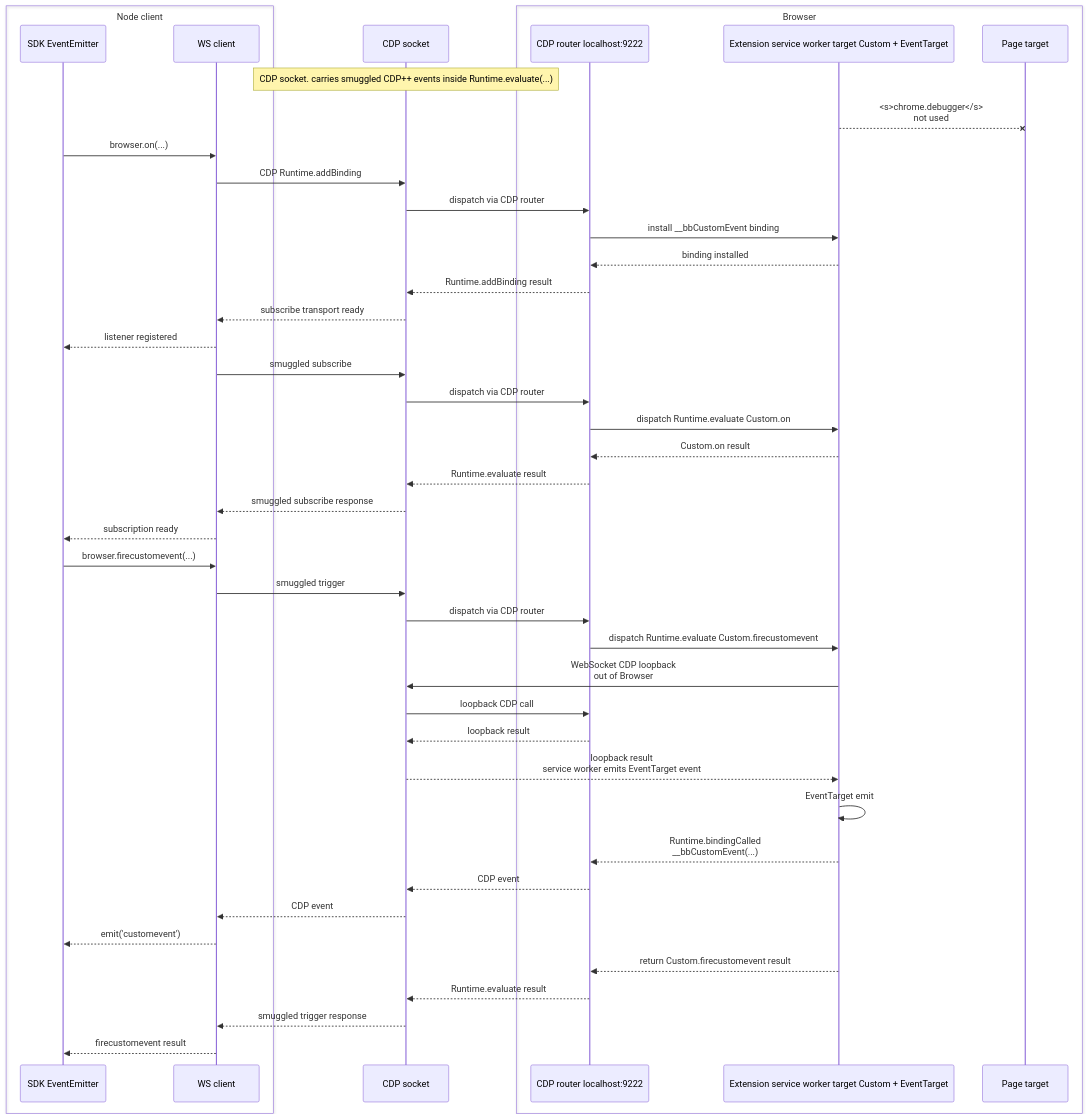
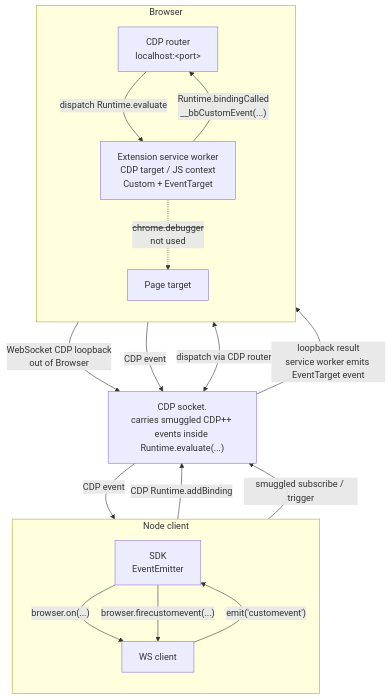
Before and after one commit to pirate/chrome-cdp-extension-bridge: the fourth of 4 diagrams in README.md, drawn with Mermaid. The commit also changed other lines of this file, not shown here.

````diff
--- a/README.md
+++ b/README.md
@@ -125,48 +138,31 @@
 ```mermaid
-sequenceDiagram
-  box Node client
-    participant SDK as SDK EventEmitter
-    participant WS as WS client
-  end
-  participant Socket as CDP socket
-  box Browser
-    participant CDP as CDP router localhost:9222
-    participant SW as Extension service worker target Custom + EventTarget
-    participant Page as Page target
+flowchart TB
+  subgraph Node["Node client"]
+    direction TB
+    SDK["SDK<br/>EventEmitter"]
+    WS["WS client"]
+    SDK -->|"browser.on(...)"| WS
+    SDK -->|"browser.firecustomevent(...)"| WS
   end
 
-  Note over Socket: CDP socket. carries smuggled CDP++ events inside Runtime.evaluate(...)
-  SW--xPage: <s>chrome.debugger</s><br/>not used
-  SDK->>WS: browser.on(...)
-  WS->>Socket: CDP Runtime.addBinding
-  Socket->>CDP: dispatch via CDP router
-  CDP->>SW: install __bbCustomEvent binding
-  SW-->>CDP: binding installed
-  CDP-->>Socket: Runtime.addBinding result
-  Socket-->>WS: subscribe transport ready
-  WS-->>SDK: listener registered
-  WS->>Socket: smuggled subscribe
-  Socket->>CDP: dispatch via CDP router
-  CDP->>SW: dispatch Runtime.evaluate Custom.on
-  SW-->>CDP: Custom.on result
-  CDP-->>Socket: Runtime.evaluate result
-  Socket-->>WS: smuggled subscribe response
-  WS-->>SDK: subscription ready
-  SDK->>WS: browser.firecustomevent(...)
-  WS->>Socket: smuggled trigger
-  Socket->>CDP: dispatch via CDP router
-  CDP->>SW: dispatch Runtime.evaluate Custom.firecustomevent
-  SW->>Socket: WebSocket CDP loopback<br/>out of Browser
-  Socket->>CDP: loopback CDP call
-  CDP-->>Socket: loopback result
-  Socket-->>SW: loopback result<br/>service worker emits EventTarget event
-  SW->>SW: EventTarget emit
-  SW-->>CDP: Runtime.bindingCalled<br/>__bbCustomEvent(...)
-  CDP-->>Socket: CDP event
-  Socket-->>WS: CDP event
-  WS-->>SDK: emit('customevent')
-  SW-->>CDP: return Custom.firecustomevent result
-  CDP-->>Socket: Runtime.evaluate result
-  Socket-->>WS: smuggled trigger response
-  WS-->>SDK: firecustomevent result
+  Socket["CDP socket.<br/>carries smuggled CDP++ events inside Runtime.evaluate(...)"]
+
+  subgraph Browser["Browser"]
+    direction TB
+    CDP["CDP router<br/>localhost:&lt;port&gt;"]
+    SW["Extension service worker<br/>CDP target / JS context<br/>Custom + EventTarget"]
+    Page["Page target"]
+    CDP -->|"dispatch Runtime.evaluate"| SW
+    SW -. "<s>chrome.debugger</s><br/>not used" .-> Page
+  end
+
+  WS -->|"CDP Runtime.addBinding"| Socket
+  WS -->|"smuggled subscribe / trigger"| Socket
+  Socket <-->|"dispatch via CDP router"| CDP
+  SW -->|"WebSocket CDP loopback<br/>out of Browser"| Socket
+  Socket -->|"loopback result<br/>service worker emits EventTarget event"| SW
+  SW -->|"Runtime.bindingCalled<br/>__bbCustomEvent(...)"| CDP
+  CDP -->|"CDP event"| Socket
+  Socket -->|"CDP event"| WS
+  WS -->|"emit('customevent')"| SDK
 ```
````
